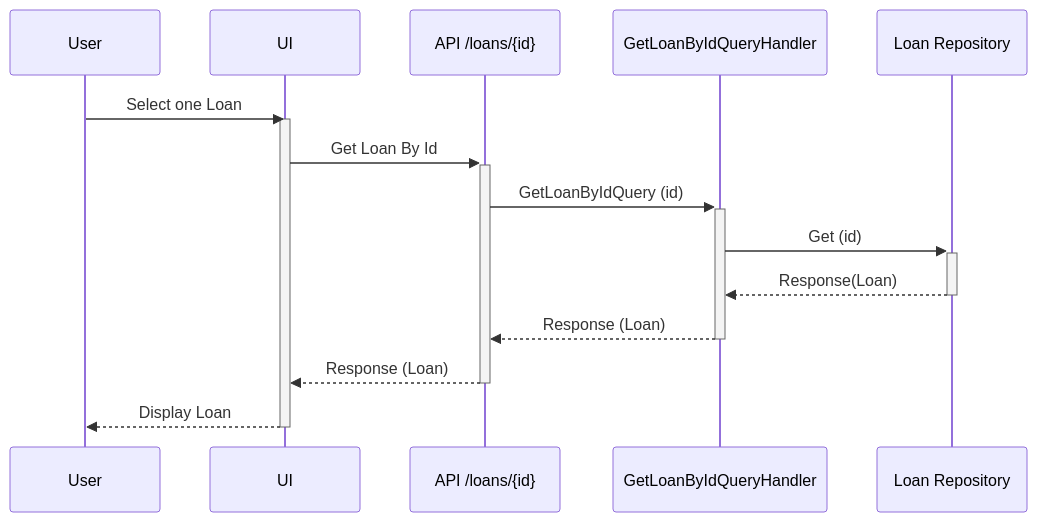
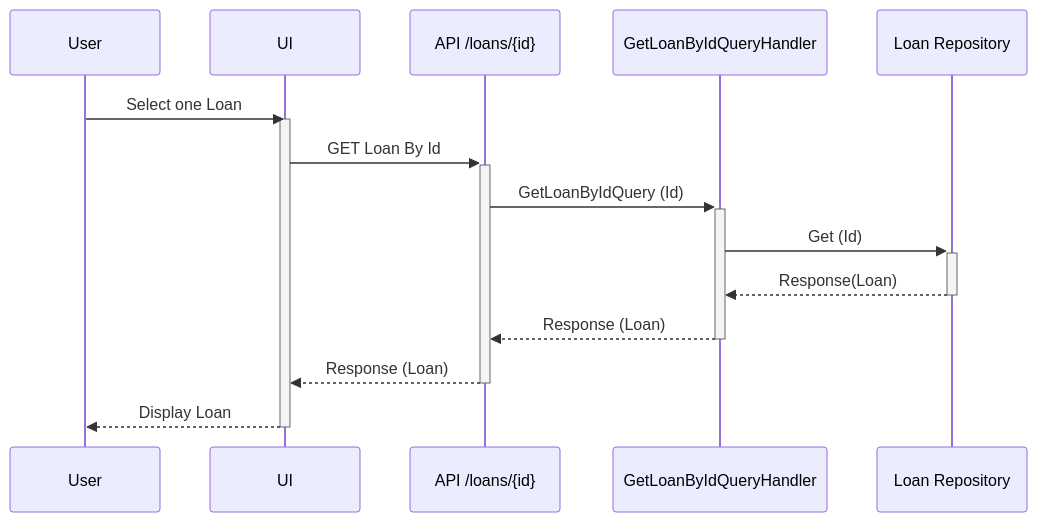
One commit to livun/bouvet-asset-hub changed the second of 6 diagrams in docs/sequence-diagrams/read-loan.md. Above: the diagram before and after it, drawn with Mermaid. The commit also changed other lines of this file and 9 other files, not shown here.

Commit message:
Finished with sequence diagrams

````diff
--- a/docs/sequence-diagrams/read-loan.md
+++ b/docs/sequence-diagrams/read-loan.md
@@ -18,14 +18,14 @@
 ```mermaid
 sequenceDiagram
 User ->> UI : Select one Loan
    Activate UI
-        UI ->>+ API /loans/{id}: Get Loan By Id
-        API /loans/{id} ->>+ GetLoanByIdQueryHandler : GetLoanByIdQuery (id)
-        GetLoanByIdQueryHandler ->>+ Loan Repository : Get (id)
+        UI ->>+ API /loans/{id}: GET Loan By Id
+        API /loans/{id} ->>+ GetLoanByIdQueryHandler : GetLoanByIdQuery (Id)
+        GetLoanByIdQueryHandler ->>+ Loan Repository : Get (Id)
         Loan Repository -->>- GetLoanByIdQueryHandler : Response(Loan)
         GetLoanByIdQueryHandler -->>- API /loans/{id} : Response (Loan)
         API /loans/{id} -->>- UI : Response (Loan)
         UI -->> User: Display Loan
     Deactivate UI
 
 ```
````
